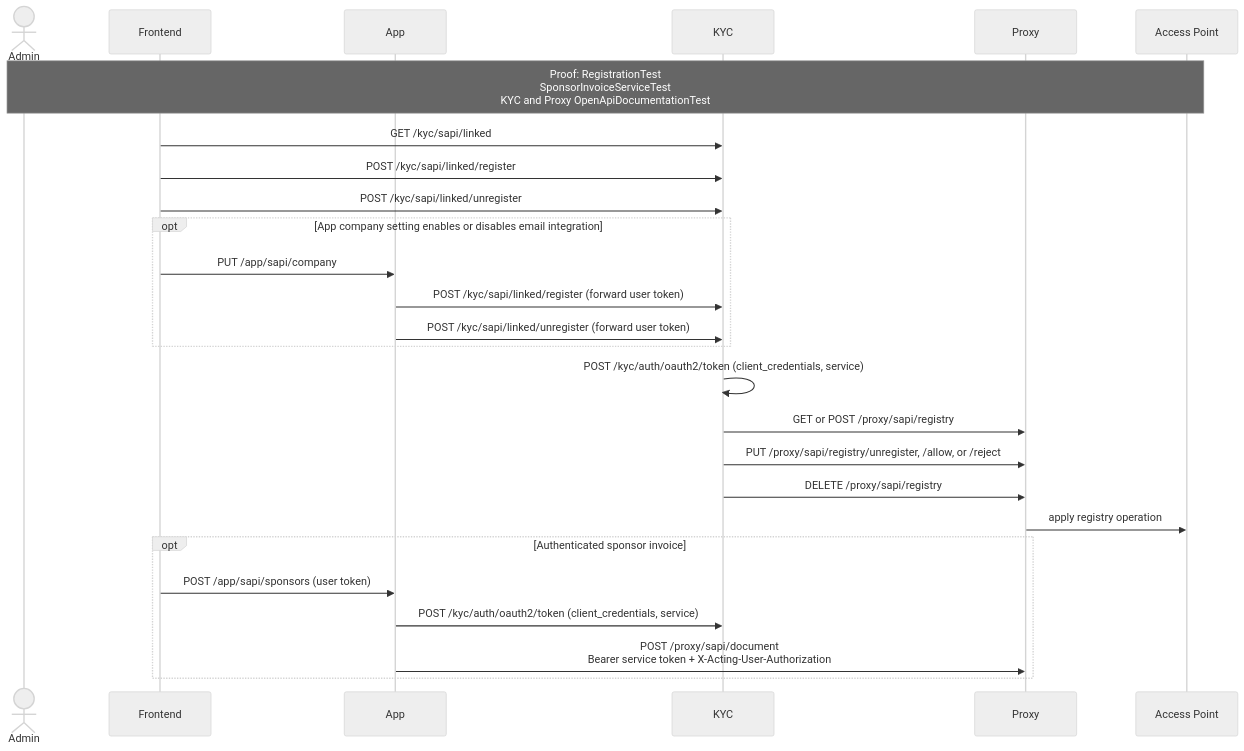
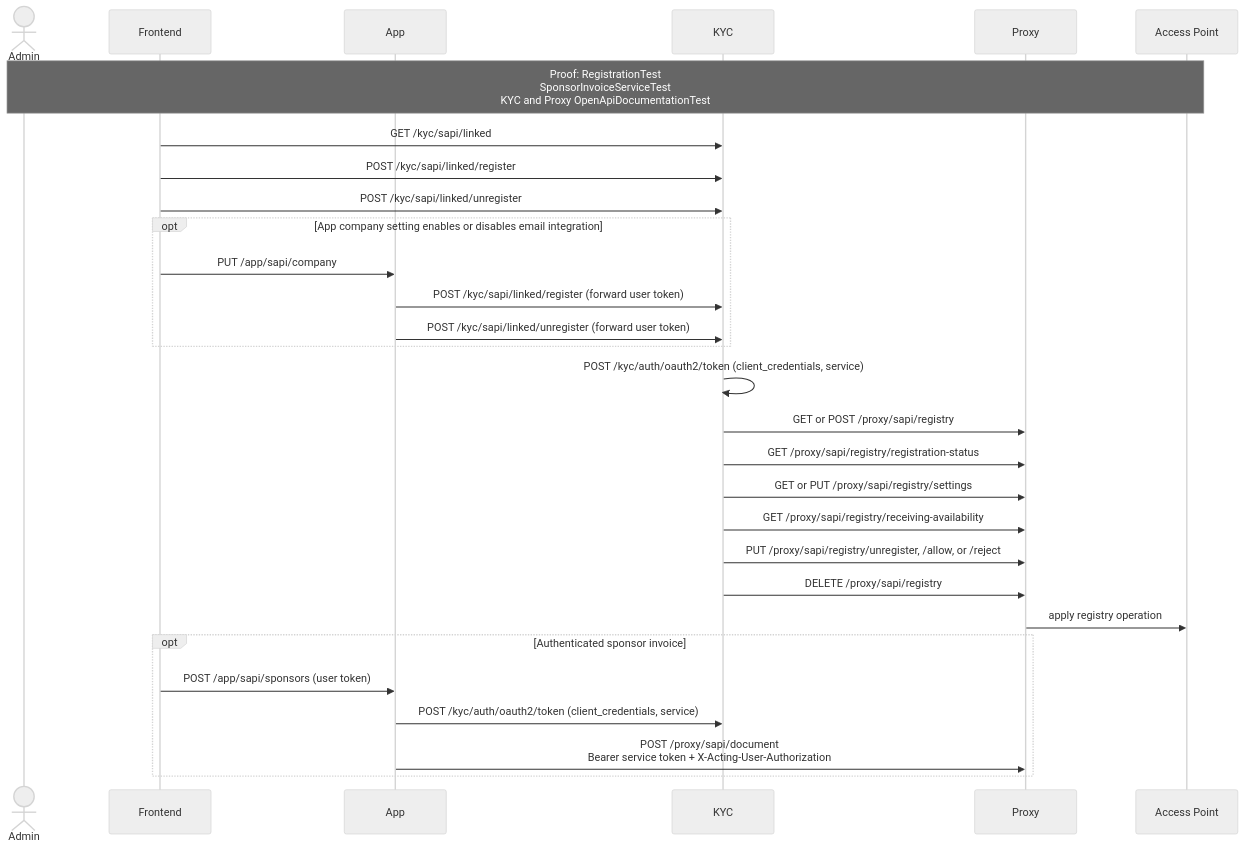
One commit to letspeppol/letspeppol changed the diagram in readme/api-service-links-and-registry.md. Above: the diagram before and after it, drawn with Mermaid (neutral theme). The commit also changed other lines of this file and 4 other files, not shown here.

````diff
--- a/readme/api-service-links-and-registry.md
+++ b/readme/api-service-links-and-registry.md
@@ -9,29 +9,32 @@
 ```mermaid
 sequenceDiagram
     actor Admin
     participant UI as Frontend
     participant App
     participant KYC
     participant Proxy
     participant AP as Access Point
 
     Note over Admin,AP: Proof: RegistrationTest<br/>SponsorInvoiceServiceTest<br/>KYC and Proxy OpenApiDocumentationTest
     UI->>KYC: GET /kyc/sapi/linked
     UI->>KYC: POST /kyc/sapi/linked/register
     UI->>KYC: POST /kyc/sapi/linked/unregister
     opt App company setting enables or disables email integration
         UI->>App: PUT /app/sapi/company
         App->>KYC: POST /kyc/sapi/linked/register (forward user token)
         App->>KYC: POST /kyc/sapi/linked/unregister (forward user token)
     end
     KYC->>KYC: POST /kyc/auth/oauth2/token (client_credentials, service)
     KYC->>Proxy: GET or POST /proxy/sapi/registry
+    KYC->>Proxy: GET /proxy/sapi/registry/registration-status
+    KYC->>Proxy: GET or PUT /proxy/sapi/registry/settings
+    KYC->>Proxy: GET /proxy/sapi/registry/receiving-availability
     KYC->>Proxy: PUT /proxy/sapi/registry/unregister, /allow, or /reject
     KYC->>Proxy: DELETE /proxy/sapi/registry
     Proxy->>AP: apply registry operation
     opt Authenticated sponsor invoice
         UI->>App: POST /app/sapi/sponsors (user token)
         App->>KYC: POST /kyc/auth/oauth2/token (client_credentials, service)
         App->>Proxy: POST /proxy/sapi/document<br/>Bearer service token + X-Acting-User-Authorization
     end
 ```
````
